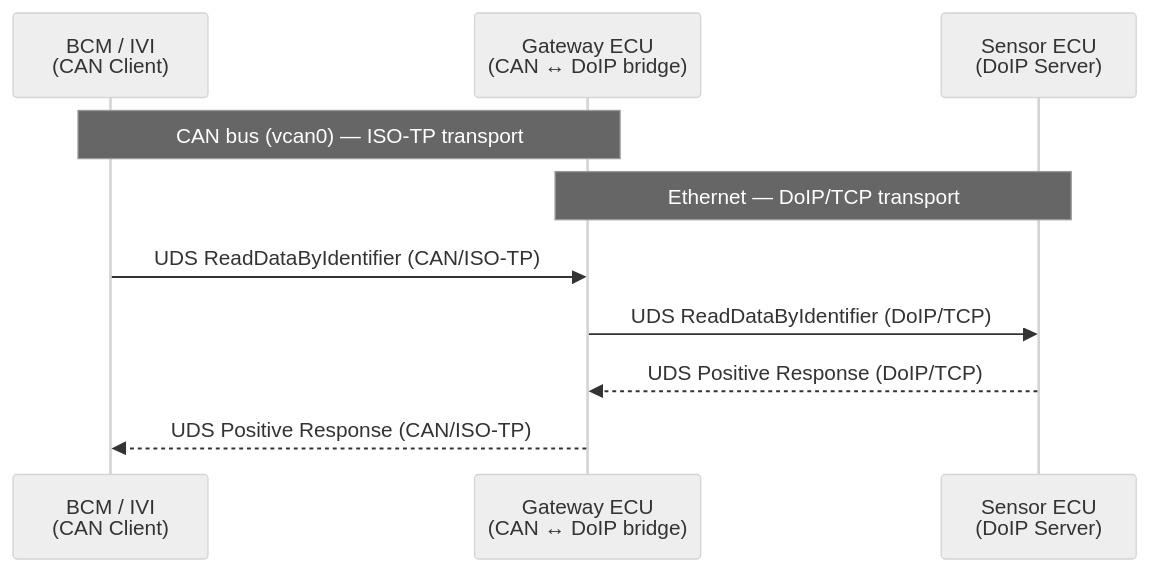
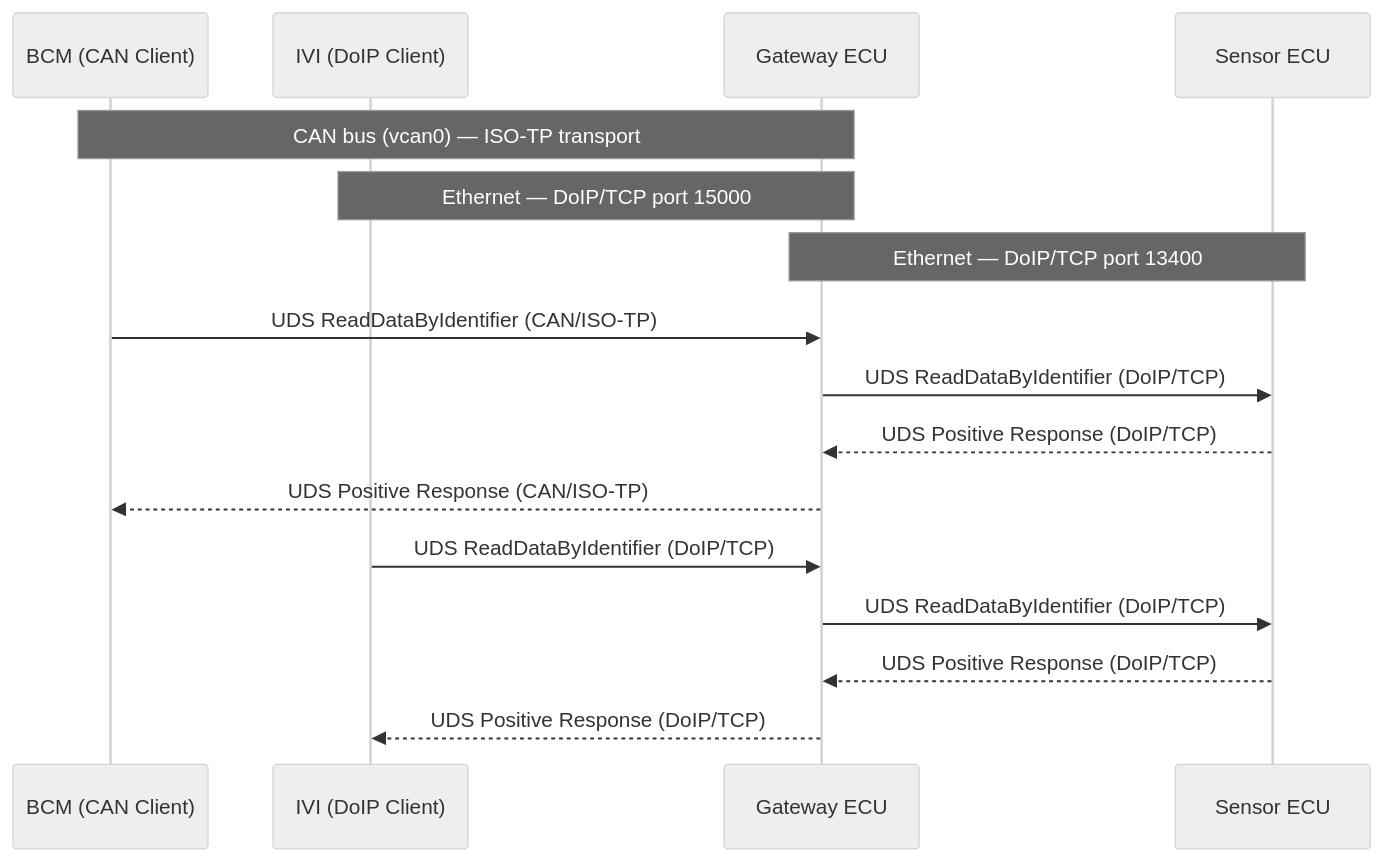
Before and after one commit to Komal-kalyanraman/virtual-car: the first of 3 diagrams in README.md, drawn with Mermaid (neutral theme). The commit also changed other lines of this file and 3 other files, not shown here.

Commit message:
Modified IVI to communicate with Gateway using DoIP for cabin temperature data. Update README file.

````diff
--- a/README.md
+++ b/README.md
@@ -55,14 +55,21 @@
 ```mermaid
 sequenceDiagram
-    participant BCM as BCM / IVI<br/>(CAN Client)
-    participant GW as Gateway ECU<br/>(CAN ↔ DoIP bridge)
-    participant SENSOR as Sensor ECU<br/>(DoIP Server)
+  participant BCM as BCM (CAN Client)
+  participant IVI as IVI (DoIP Client)
+  participant GW as Gateway ECU
+  participant SENSOR as Sensor ECU
 
-    Note over BCM,GW: CAN bus (vcan0) — ISO-TP transport
-    Note over GW,SENSOR: Ethernet — DoIP/TCP transport
+  Note over BCM,GW: CAN bus (vcan0) — ISO-TP transport
+  Note over IVI,GW: Ethernet — DoIP/TCP port 15000
+  Note over GW,SENSOR: Ethernet — DoIP/TCP port 13400
 
-    BCM->>GW: UDS ReadDataByIdentifier (CAN/ISO-TP)
-    GW->>SENSOR: UDS ReadDataByIdentifier (DoIP/TCP)
-    SENSOR-->>GW: UDS Positive Response (DoIP/TCP)
-    GW-->>BCM: UDS Positive Response (CAN/ISO-TP)
+  BCM->>GW: UDS ReadDataByIdentifier (CAN/ISO-TP)
+  GW->>SENSOR: UDS ReadDataByIdentifier (DoIP/TCP)
+  SENSOR-->>GW: UDS Positive Response (DoIP/TCP)
+  GW-->>BCM: UDS Positive Response (CAN/ISO-TP)
+
+  IVI->>GW: UDS ReadDataByIdentifier (DoIP/TCP)
+  GW->>SENSOR: UDS ReadDataByIdentifier (DoIP/TCP)
+  SENSOR-->>GW: UDS Positive Response (DoIP/TCP)
+  GW-->>IVI: UDS Positive Response (DoIP/TCP)
 ```
````
